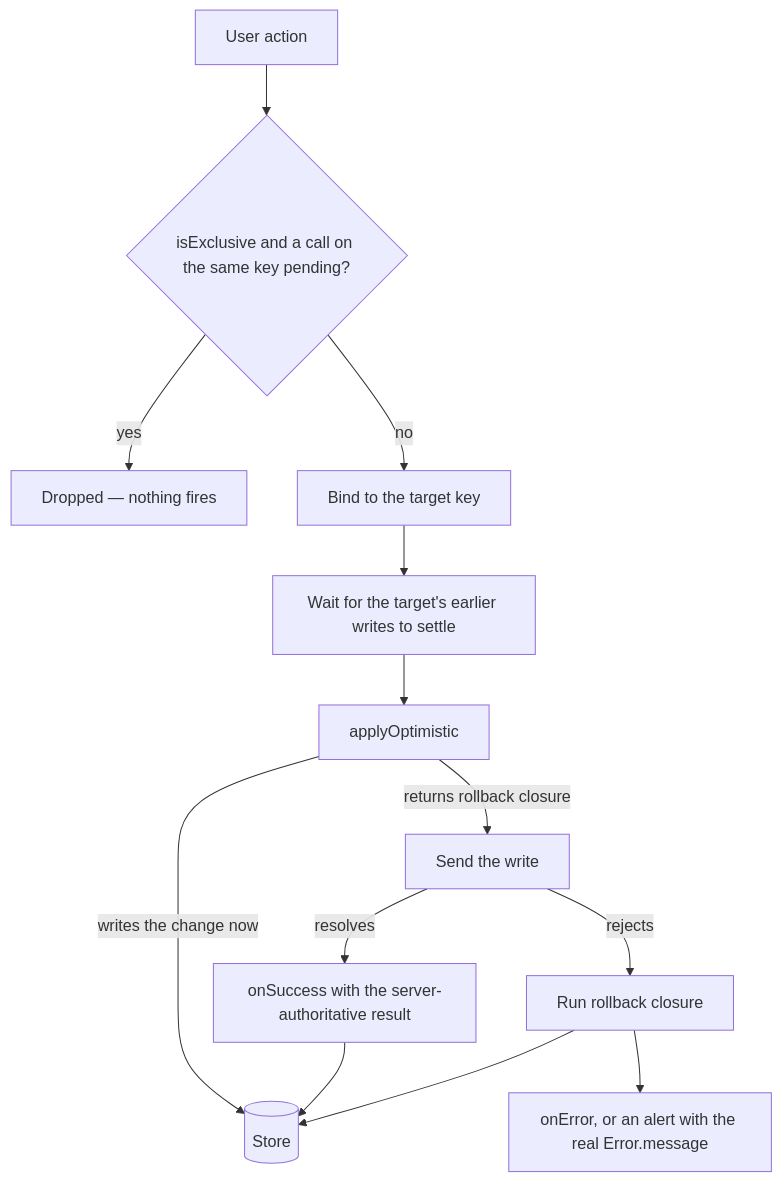
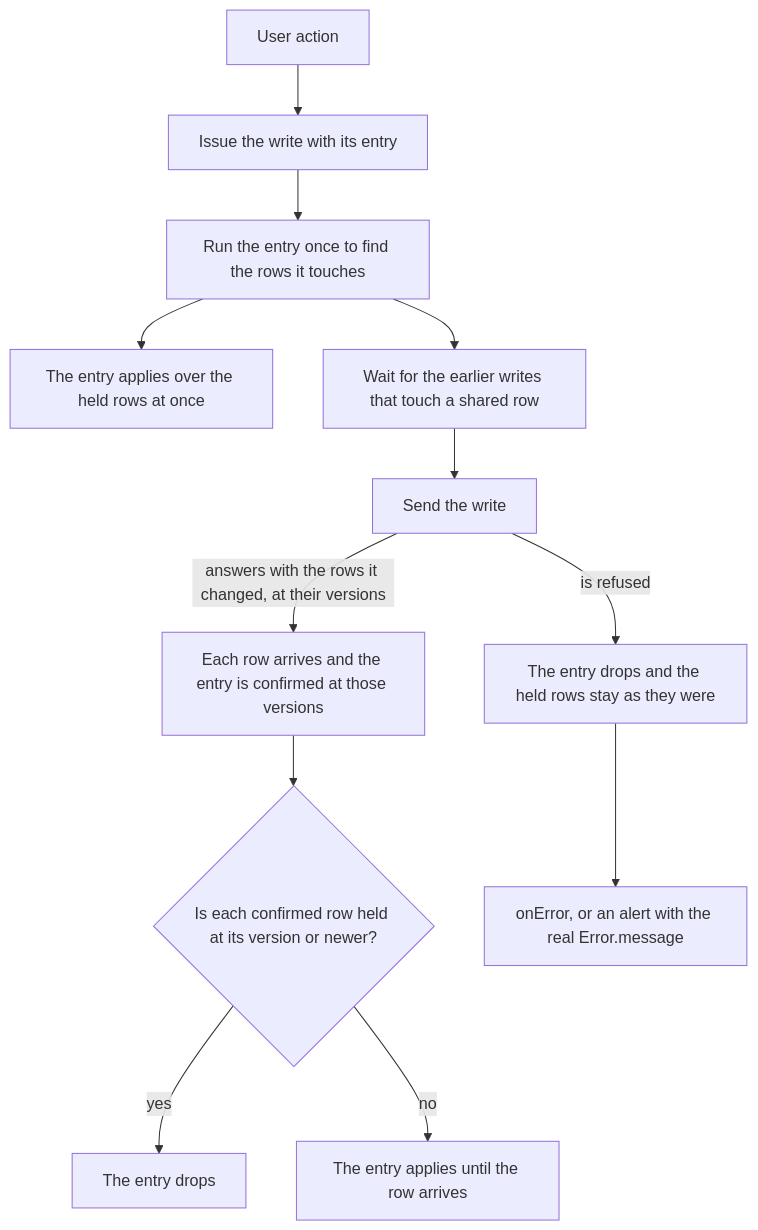
One commit to Esposter/Esposter changed the second of 2 diagrams in openspec/specs/architecture/async-operations/design.md. Above: the diagram before and after it, drawn with Mermaid. The commit also changed other lines of this file and 10 other files, not shown here.

First line of the commit message:
docs(openspec): the owning pages describe the optimistic overlay, and the change carries spec deltas for its four capabilities

````diff
--- a/openspec/specs/architecture/async-operations/design.md
+++ b/openspec/specs/architecture/async-operations/design.md
@@ -134,15 +130,14 @@
 ```mermaid
 flowchart TD
-  Action[User action] --> Exclusive{isExclusive and a call on the same key pending?}
-  Exclusive -->|yes| Dropped[Dropped — nothing fires]
-  Exclusive -->|no| Bind[Bind to the target key]
-  Bind --> Queue[Wait for the target's earlier writes to settle]
-  Queue --> Apply[applyOptimistic]
-  Apply -->|writes the change now| Store[(Store)]
-  Apply -->|returns rollback closure| Send[Send the write]
-  Send -->|resolves| Success[onSuccess with the server-authoritative result]
-  Send -->|rejects| Rollback[Run rollback closure]
-  Success --> Store
-  Rollback --> Store
-  Rollback --> Report[onError, or an alert with the real Error.message]
+  Action[User action] --> Issue[Issue the write with its entry]
+  Issue --> Touch[Run the entry once to find the rows it touches]
+  Touch --> Show[The entry applies over the held rows at once]
+  Touch --> Queue[Wait for the earlier writes that touch a shared row]
+  Queue --> Send[Send the write]
+  Send -->|answers with the rows it changed, at their versions| Confirm[Each row arrives and the entry is confirmed at those versions]
+  Send -->|is refused| Drop[The entry drops and the held rows stay as they were]
+  Confirm --> Held{Is each confirmed row held at its version or newer?}
+  Held -->|yes| Gone[The entry drops]
+  Held -->|no| Wait[The entry applies until the row arrives]
+  Drop --> Report[onError, or an alert with the real Error.message]
 ```
````
